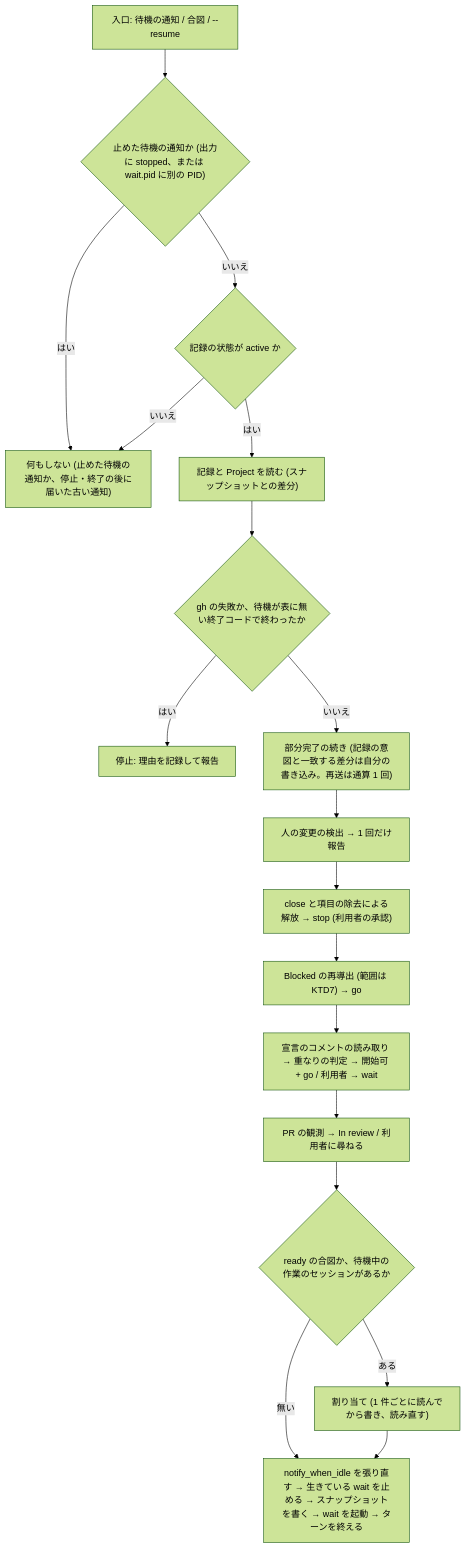
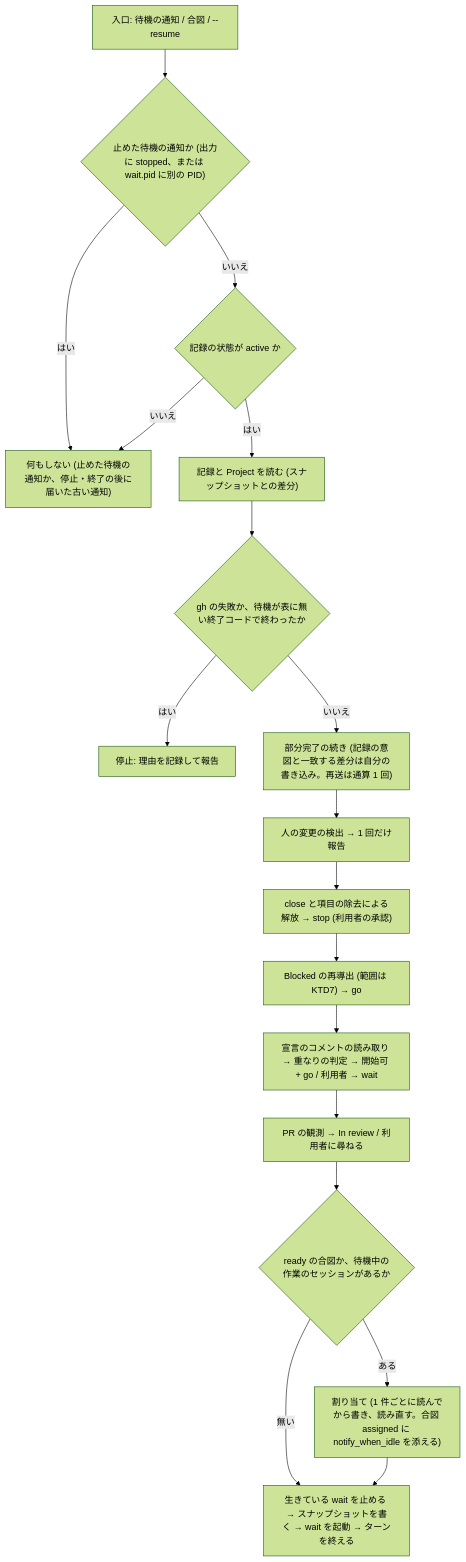
Before and after one commit to akm/claude-plugins: the third of 3 diagrams in docs/plans/2026-10-06-2025-feat-issue-dispatch-plan.md, drawn with Mermaid (forest theme). The commit also changed other lines of this file, not shown here.

First line of the commit message:
📝 docs(plans): issue-dispatch で notify_when_idle を合図に添えて申し込み、再入のたびには申し込み直さない (#114)

````diff
--- a/docs/plans/2026-10-06-2025-feat-issue-dispatch-plan.md
+++ b/docs/plans/2026-10-06-2025-feat-issue-dispatch-plan.md
@@ -516,20 +516,20 @@
 ```mermaid
 flowchart TB
   E["入口: 待機の通知 / 合図 / --resume"] --> SP{"止めた待機の通知か (出力に stopped、または wait.pid に別の PID)"}
   SP -- はい --> N["何もしない (止めた待機の通知か、停止・終了の後に届いた古い通知)"]
   SP -- いいえ --> ST{"記録の状態が active か"}
   ST -- いいえ --> N
   ST -- はい --> R0["記録と Project を読む (スナップショットとの差分)"]
   R0 --> X{"gh の失敗か、待機が表に無い終了コードで終わったか"}
   X -- はい --> S1["停止: 理由を記録して報告"]
   X -- いいえ --> Q["部分完了の続き (記録の意図と一致する差分は自分の書き込み。再送は通算 1 回)"]
   Q --> H["人の変更の検出 → 1 回だけ報告"]
   H --> C["close と項目の除去による解放 → stop (利用者の承認)"]
   C --> B["Blocked の再導出 (範囲は KTD7) → go"]
   B --> D["宣言のコメントの読み取り → 重なりの判定 → 開始可 + go / 利用者 → wait"]
   D --> P["PR の観測 → In review / 利用者に尋ねる"]
   P --> A{"ready の合図か、待機中の作業のセッションがあるか"}
-  A -- ある --> AS["割り当て (1 件ごとに読んでから書き、読み直す)"]
+  A -- ある --> AS["割り当て (1 件ごとに読んでから書き、読み直す。合図 assigned に notify_when_idle を添える)"]
   A -- 無い --> W
-  AS --> W["notify_when_idle を張り直す → 生きている wait を止める → スナップショットを書く → wait を起動 → ターンを終える"]
+  AS --> W["生きている wait を止める → スナップショットを書く → wait を起動 → ターンを終える"]
 ```
````
